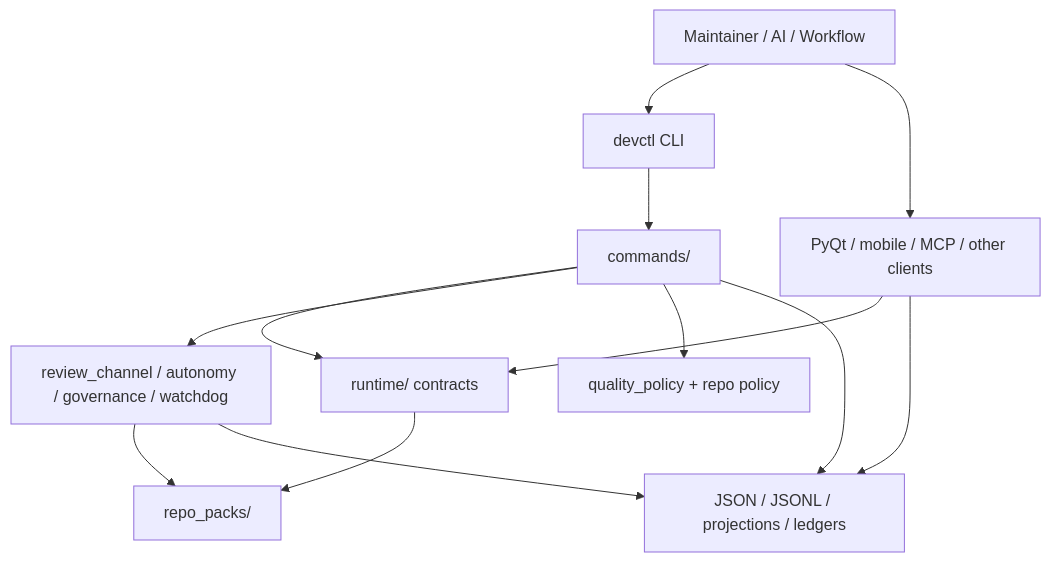
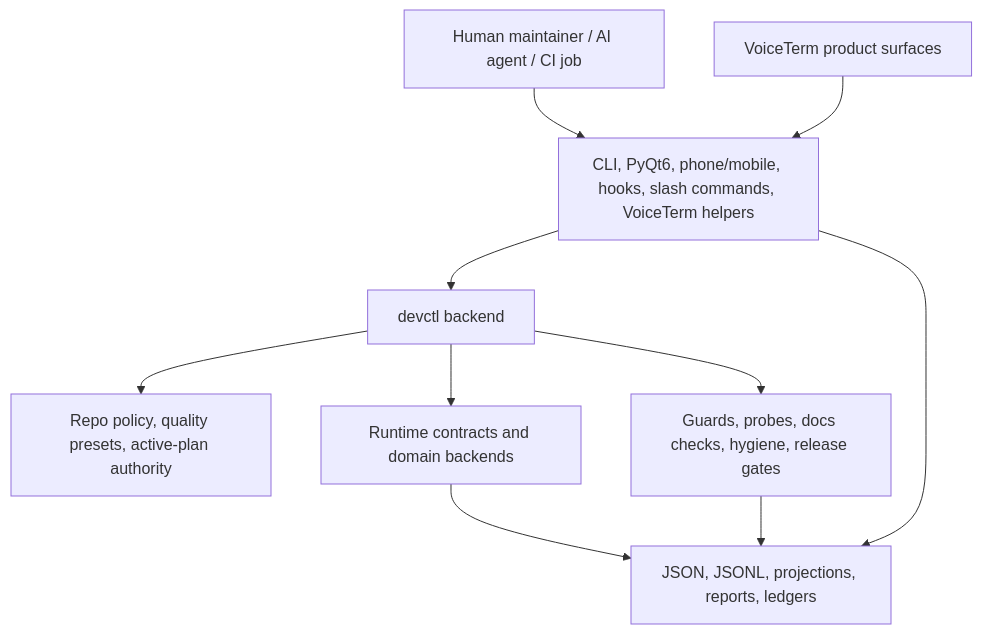
The first of 2 diagrams in dev/guides/DEVCTL_ARCHITECTURE.md (jguida941/voiceterm), drawn with Mermaid before and after one commit. The commit also changed other lines of this file and 73 other files, not shown here.

Commit message:
checkpoint: save governance review-channel and code-shape expansion

````diff
--- a/dev/guides/DEVCTL_ARCHITECTURE.md
+++ b/dev/guides/DEVCTL_ARCHITECTURE.md
@@ -107,25 +31,21 @@
 ```mermaid
-graph TD
-  User["Maintainer / AI / Workflow"]
-  CLI["devctl CLI"]
-  UI["PyQt / mobile / MCP / other clients"]
-  Commands["commands/"]
-  Runtime["runtime/ contracts"]
-  Domain["review_channel / autonomy / governance / watchdog"]
-  RepoPack["repo_packs/"]
-  Policy["quality_policy + repo policy"]
-  Artifacts["JSON / JSONL / projections / ledgers"]
+flowchart TD
+  User["Human maintainer / AI agent / CI job"]
+  Frontends["CLI, PyQt6, phone/mobile, hooks, slash commands, VoiceTerm helpers"]
+  Devctl["devctl backend"]
+  Policies["Repo policy, quality presets, active-plan authority"]
+  Runtime["Runtime contracts and domain backends"]
+  Checks["Guards, probes, docs checks, hygiene, release gates"]
+  Artifacts["JSON, JSONL, projections, reports, ledgers"]
+  Product["VoiceTerm product surfaces"]
 
-  User --> CLI
-  User --> UI
-  CLI --> Commands
-  UI --> Runtime
-  Commands --> Runtime
-  Commands --> Domain
-  Commands --> Policy
-  Domain --> RepoPack
-  Runtime --> RepoPack
-  Domain --> Artifacts
-  Commands --> Artifacts
-  UI --> Artifacts
+  User --> Frontends
+  Frontends --> Devctl
+  Devctl --> Policies
+  Devctl --> Runtime
+  Devctl --> Checks
+  Runtime --> Artifacts
+  Checks --> Artifacts
+  Frontends --> Artifacts
+  Product --> Frontends
 ```
````
